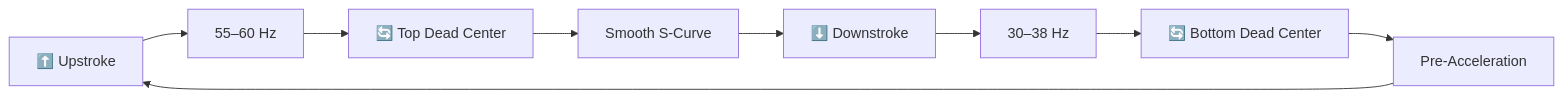
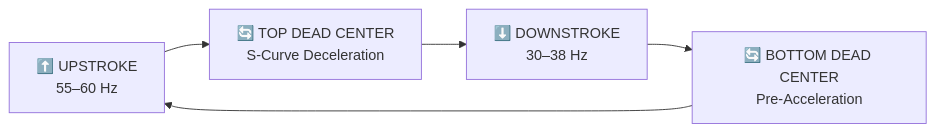
One commit to Avinraj01/ThermaLift-AI changed the fifth of 6 diagrams in README.md. Above: the diagram before and after it, drawn with Mermaid. The commit also changed other lines of this file, not shown here.

````diff
--- a/README.md
+++ b/README.md
@@ -468,19 +590,13 @@
 ```mermaid
 flowchart LR
 
-    A["⬆️ Upstroke"] --> B["55–60 Hz"]
+    A["⬆️ UPSTROKE<br/>55–60 Hz"]
 
-    B --> C["🔄 Top Dead Center"]
+    A --> B["🔄 TOP DEAD CENTER<br/>S-Curve Deceleration"]
 
-    C --> D["Smooth S-Curve"]
+    B --> C["⬇️ DOWNSTROKE<br/>30–38 Hz"]
 
-    D --> E["⬇️ Downstroke"]
+    C --> D["🔄 BOTTOM DEAD CENTER<br/>Pre-Acceleration"]
 
-    E --> F["30–38 Hz"]
-
-    F --> G["🔄 Bottom Dead Center"]
-
-    G --> H["Pre-Acceleration"]
-
-    H --> A
+    D --> A
 ```
````
